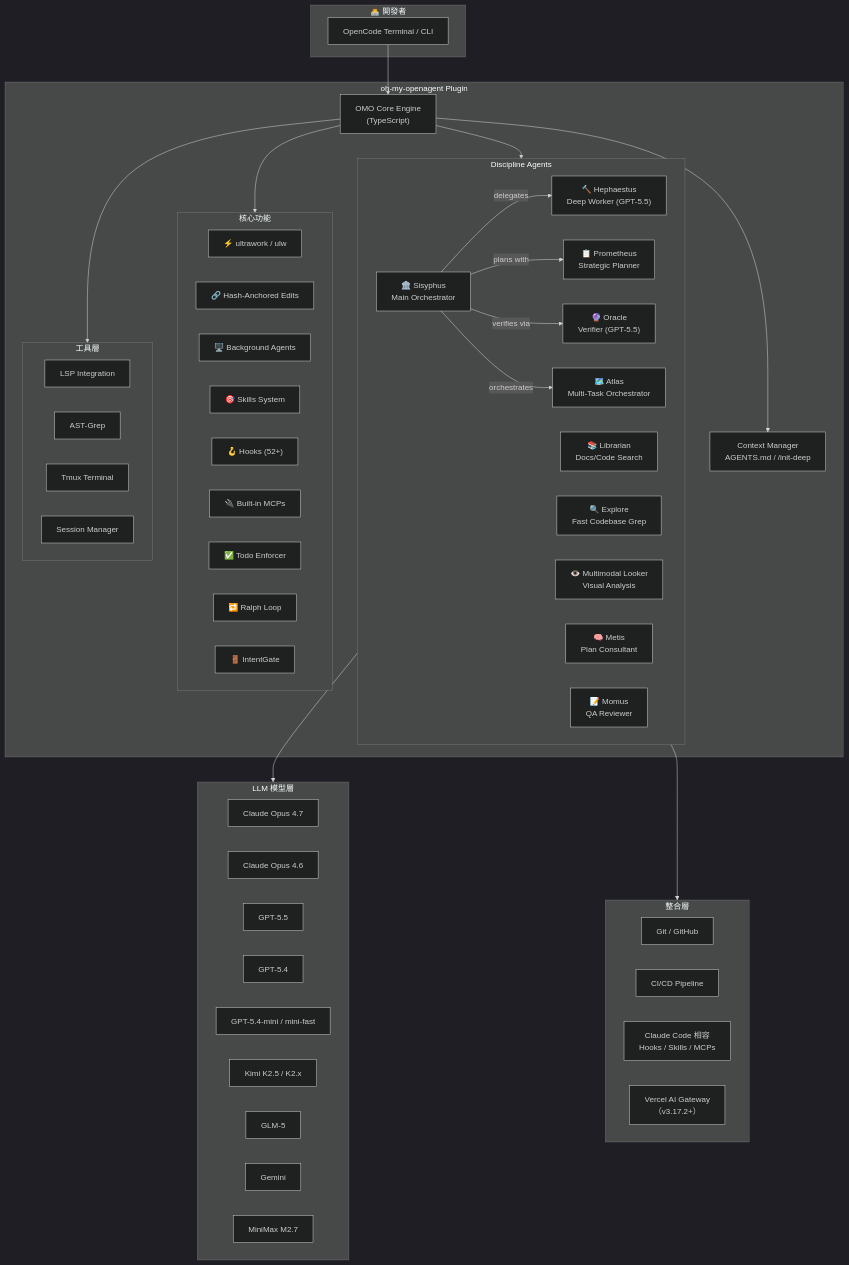
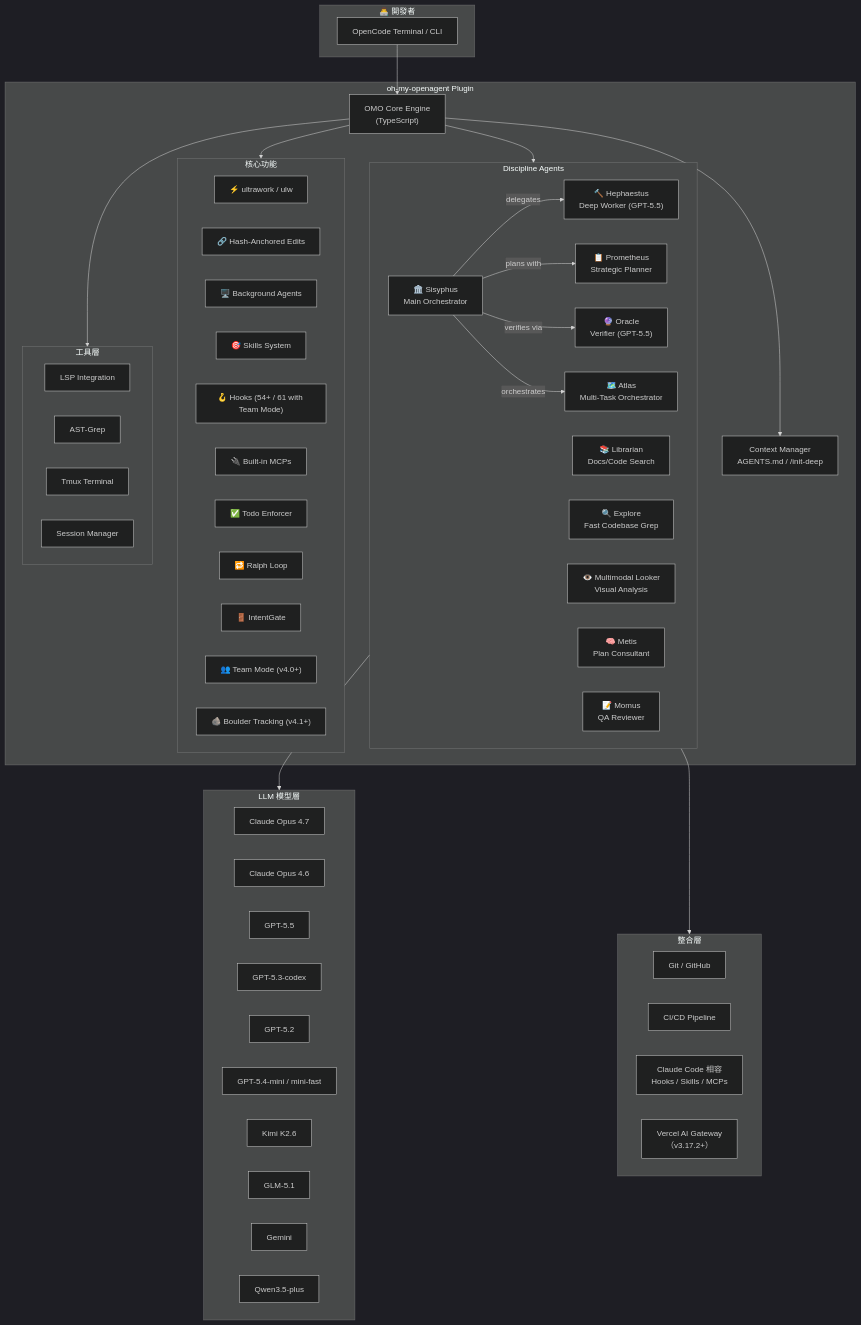
Before and after one commit to chihhung/Blog: the first of 21 diagrams in content/posts/教學/AI開發/oh-my-openagent（Oh My OpenCode, OMO）教學手冊.md, drawn with Mermaid (dark theme). The commit also changed other lines of this file and 5 other files, not shown here.

````diff
--- a/content/posts/教學/AI開發/oh-my-openagent（Oh My OpenCode, OMO）教學手冊.md
+++ b/content/posts/教學/AI開發/oh-my-openagent（Oh My OpenCode, OMO）教學手冊.md
@@ -168,75 +178,78 @@
 ```mermaid
 graph TB
     subgraph Developer["👨‍💻 開發者"]
         CLI["OpenCode Terminal / CLI"]
     end
 
     subgraph OMO["oh-my-openagent Plugin"]
         Core["OMO Core Engine<br/>(TypeScript)"]
         
         subgraph Agents["Discipline Agents"]
             Sisyphus["🏛️ Sisyphus<br/>Main Orchestrator"]
             Hephaestus["🔨 Hephaestus<br/>Deep Worker (GPT-5.5)"]
             Prometheus["📋 Prometheus<br/>Strategic Planner"]
             Oracle["🔮 Oracle<br/>Verifier (GPT-5.5)"]
             Atlas["🗺️ Atlas<br/>Multi-Task Orchestrator"]
             Librarian["📚 Librarian<br/>Docs/Code Search"]
             Explore["🔍 Explore<br/>Fast Codebase Grep"]
             Looker["👁️ Multimodal Looker<br/>Visual Analysis"]
             Metis["🧠 Metis<br/>Plan Consultant"]
             Momus["📝 Momus<br/>QA Reviewer"]
         end
 
         subgraph Features["核心功能"]
             Ultrawork["⚡ ultrawork / ulw"]
             Hashline["🔗 Hash-Anchored Edits"]
             BgAgents["🖥️ Background Agents"]
             Skills["🎯 Skills System"]
-            Hooks["🪝 Hooks (52+)"]
+            Hooks["🪝 Hooks (54+ / 61 with Team Mode)"]
             MCPs["🔌 Built-in MCPs"]
             TodoEnf["✅ Todo Enforcer"]
             RalphLoop["🔁 Ralph Loop"]
             IntentGate["🚪 IntentGate"]
+            TeamMode["👥 Team Mode (v4.0+)"]
+            Boulder["🪨 Boulder Tracking (v4.1+)"]
         end
 
         subgraph Tools["工具層"]
             LSP["LSP Integration"]
             AST["AST-Grep"]
             Tmux["Tmux Terminal"]
             Session["Session Manager"]
         end
 
         Context["Context Manager<br/>AGENTS.md / /init-deep"]
     end
 
     subgraph Models["​LLM 模型層"]
         Claude["Claude Opus 4.7"]
         Claude46["Claude Opus 4.6"]
         GPT55["GPT-5.5"]
-        GPT54["GPT-5.4"]
+        GPT53["GPT-5.3-codex"]
+        GPT52["GPT-5.2"]
         GPT54mini["GPT-5.4-mini / mini-fast"]
-        Kimi["Kimi K2.5 / K2.x"]
-        GLM["GLM-5"]
+        Kimi["Kimi K2.6"]
+        GLM["GLM-5.1"]
         Gemini["Gemini"]
-        MiniMax["MiniMax M2.7"]
+        Qwen["Qwen3.5-plus"]
     end
 
     subgraph Integration["整合層"]
         Git["Git / GitHub"]
         CICD["CI/CD Pipeline"]
         ClaudeCode["Claude Code 相容<br/>Hooks / Skills / MCPs"]
         VercelGW["Vercel AI Gateway<br/>（v3.17.2+）"]
     end
 
     CLI --> Core
     Core --> Agents
     Core --> Features
     Core --> Tools
     Core --> Context
     Sisyphus -->|"delegates"| Hephaestus
     Sisyphus -->|"plans with"| Prometheus
     Sisyphus -->|"verifies via"| Oracle
     Sisyphus -->|"orchestrates"| Atlas
     Agents --> Models
     Agents --> Integration
 ```
````
